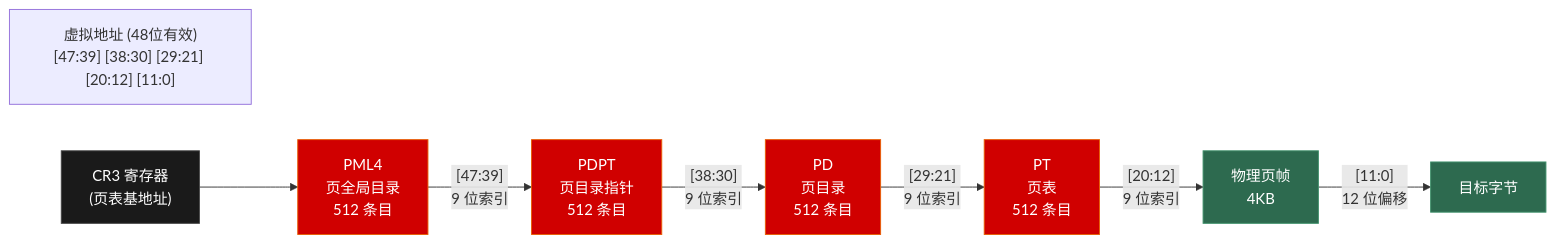
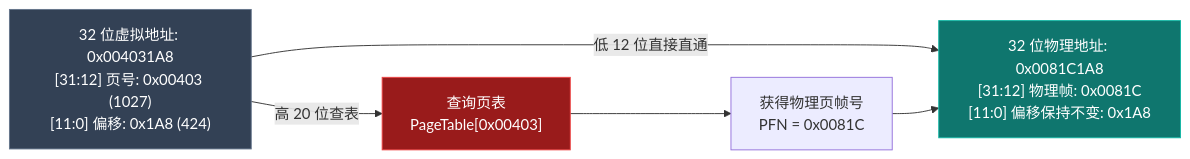
Before and after one commit to Lumivers/firefly: the first of 3 diagrams in src/content/posts/os/03_memory_management.md, drawn with Mermaid. The commit also changed other lines of this file and 39 other files, not shown here.

````diff
--- a/src/content/posts/os/03_memory_management.md
+++ b/src/content/posts/os/03_memory_management.md
@@ -121,20 +46,15 @@
 ```mermaid
 graph LR
-    VA["虚拟地址 (48位有效)\n[47:39] [38:30] [29:21] [20:12] [11:0]"]
-    
-    CR3["CR3 寄存器\n(页表基地址)"] --> PML4["PML4\n页全局目录\n512 条目"]
-    
-    PML4 -->|"[47:39]\n9 位索引"| PDPT["PDPT\n页目录指针\n512 条目"]
-    PDPT -->|"[38:30]\n9 位索引"| PD["PD\n页目录\n512 条目"]
-    PD -->|"[29:21]\n9 位索引"| PT["PT\n页表\n512 条目"]
-    PT -->|"[20:12]\n9 位索引"| Frame["物理页帧\n4KB"]
-    Frame -->|"[11:0]\n12 位偏移"| Byte["目标字节"]
+    VA["32 位虚拟地址: 0x004031A8\n[31:12] 页号: 0x00403 (1027)\n[11:0] 偏移: 0x1A8 (424)"]
+    PT["查询页表\nPageTable[0x00403]"]
+    PFN["获得物理页帧号\nPFN = 0x0081C"]
+    PA["32 位物理地址: 0x0081C1A8\n[31:12] 物理帧: 0x0081C\n[11:0] 偏移保持不变: 0x1A8"]
 
-    style CR3 fill:#1a1a1a,stroke:#444,color:white
-    style PML4 fill:#d00000,stroke:#e85d04,color:white
-    style PDPT fill:#d00000,stroke:#e85d04,color:white
-    style PD fill:#d00000,stroke:#e85d04,color:white
-    style PT fill:#d00000,stroke:#e85d04,color:white
-    style Frame fill:#2d6a4f,stroke:#40916c,color:white
-    style Byte fill:#2d6a4f,stroke:#40916c,color:white
+    VA -->|高 20 位查表| PT --> PFN
+    VA -->|低 12 位直接直通| PA
+    PFN --> PA
+
+    style VA fill:#334155,stroke:#64748b,color:white
+    style PT fill:#991b1b,stroke:#ef4444,color:white
+    style PA fill:#0f766e,stroke:#14b8a6,color:white
 ```
````
